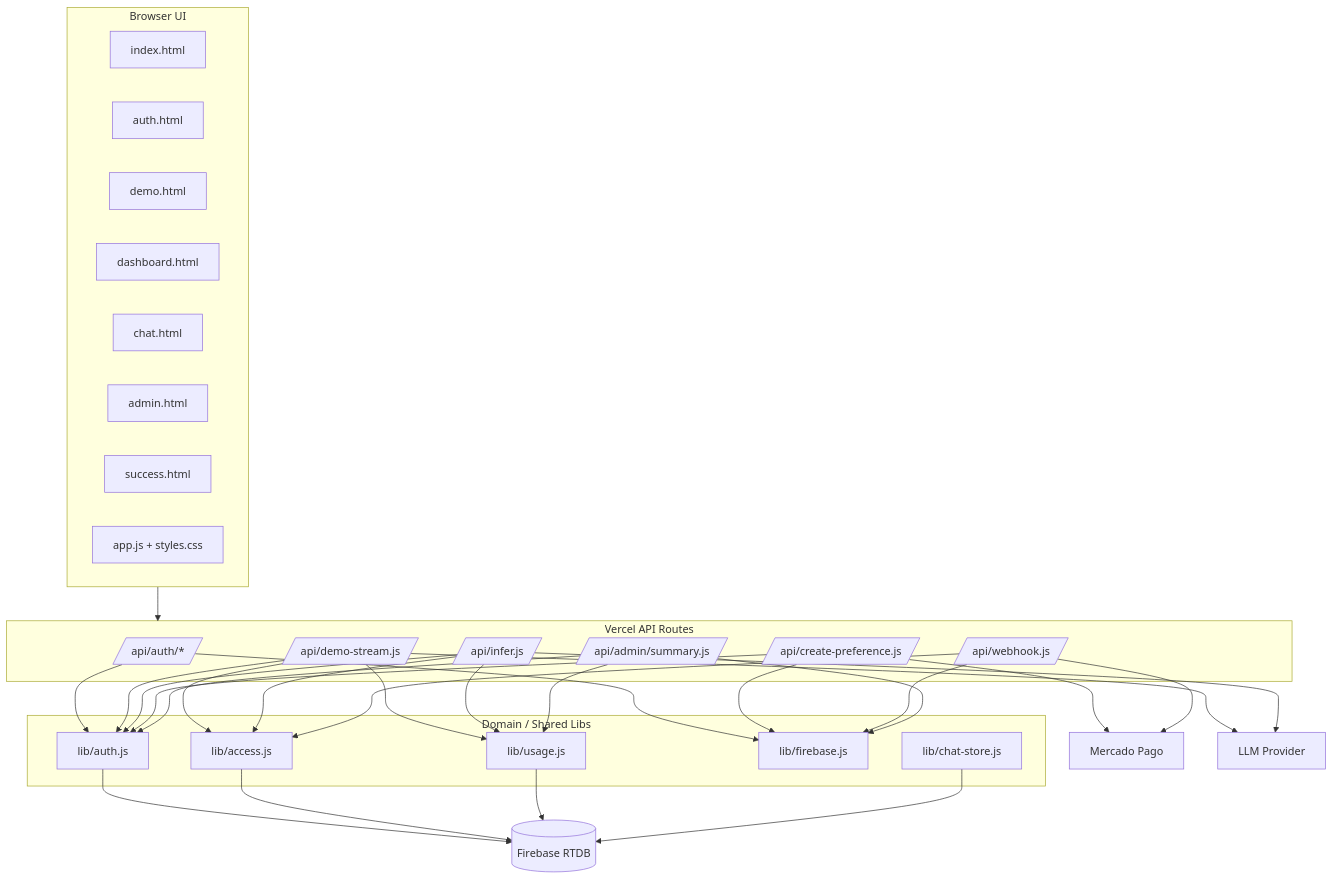
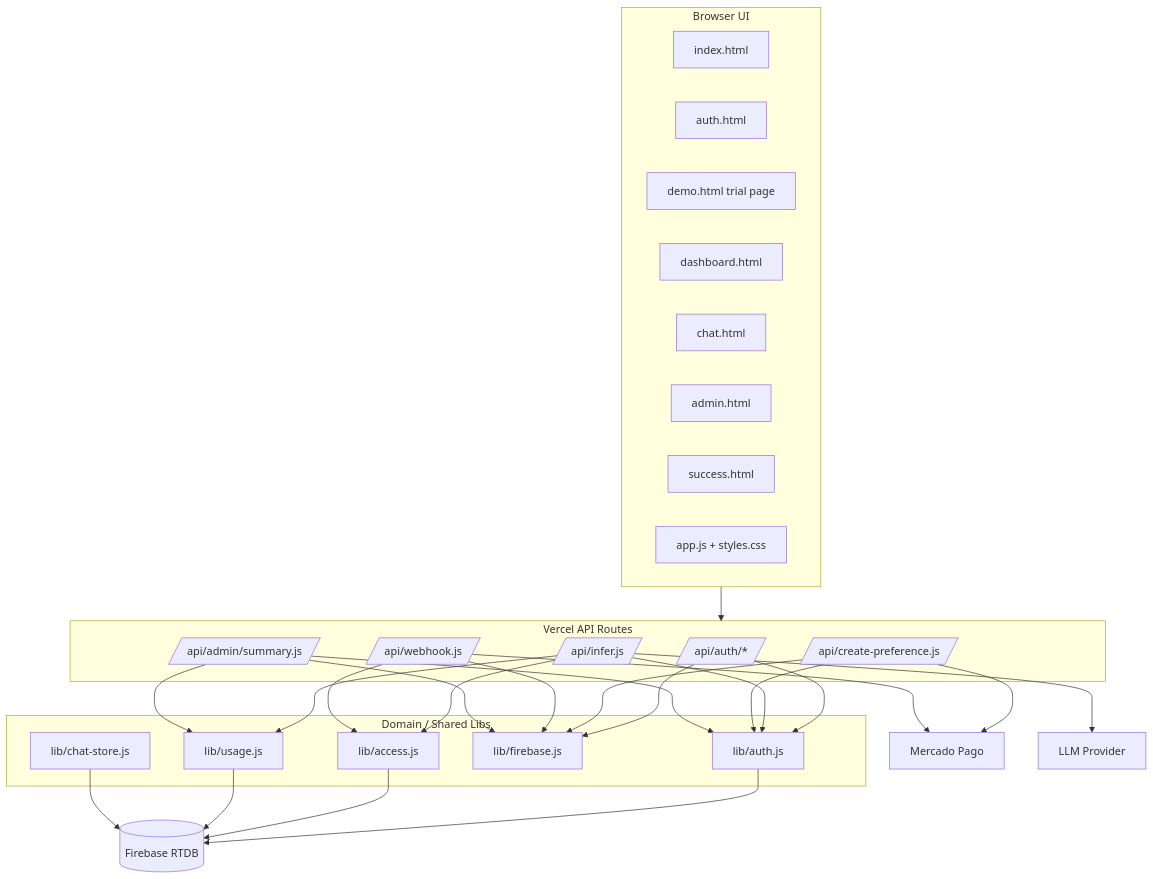
The diagram in architecture-containers.mmd (miguelemosreverte/palindrome-exercise), drawn with Mermaid before and after one commit. The commit also changed 15 other files, not shown here.

```diff
--- a/architecture-containers.mmd
+++ b/architecture-containers.mmd
@@ -1,57 +1,52 @@
 flowchart TB
     subgraph browser[Browser UI]
         index[index.html]
         auth[auth.html]
-        demo[demo.html]
+        trialInfo[demo.html trial page]
         dashboard[dashboard.html]
         chat[chat.html]
         admin[admin.html]
         success[success.html]
         shared[app.js + styles.css]
     end
 
     subgraph api[Vercel API Routes]
         authApi[/api/auth/*/]
-        demoApi[/api/demo-stream.js/]
         inferApi[/api/infer.js/]
         paymentApi[/api/create-preference.js/]
         webhookApi[/api/webhook.js/]
         adminApi[/api/admin/summary.js/]
     end
 
     subgraph domain[Domain / Shared Libs]
         libAuth[lib/auth.js]
         libAccess[lib/access.js]
         libUsage[lib/usage.js]
         libFirebase[lib/firebase.js]
         libChat[lib/chat-store.js]
     end
 
     mp[Mercado Pago]
     fb[(Firebase RTDB)]
     llm[LLM Provider]
 
     browser --> api
     authApi --> libAuth
     authApi --> libFirebase
-    demoApi --> libAuth
-    demoApi --> libAccess
-    demoApi --> libUsage
-    demoApi --> llm
     inferApi --> libAuth
     inferApi --> libAccess
     inferApi --> libUsage
     inferApi --> llm
     paymentApi --> libAuth
     paymentApi --> libFirebase
     paymentApi --> mp
     webhookApi --> mp
     webhookApi --> libAccess
     webhookApi --> libFirebase
     adminApi --> libAuth
     adminApi --> libUsage
     adminApi --> libFirebase
     libAuth --> fb
     libAccess --> fb
     libUsage --> fb
     libChat --> fb
```
